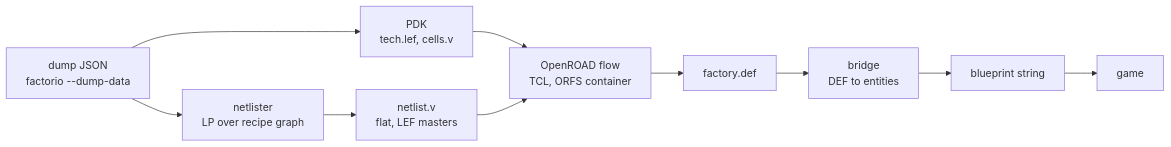
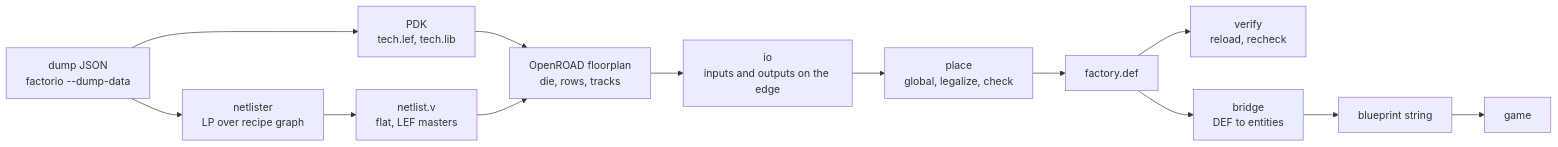
The diagram in README.md (atvrager/factorilog), drawn with Mermaid before and after one commit. The commit also changed other lines of this file and 2 other files, not shown here.

First line of the commit message:
Add floorplan and place stages to the flow

````diff
--- a/README.md
+++ b/README.md
@@ -26,12 +26,15 @@
 ```mermaid
 graph LR
-  D[dump JSON<br/>factorio --dump-data] --> P[PDK<br/>tech.lef, cells.v]
+  D[dump JSON<br/>factorio --dump-data] --> P[PDK<br/>tech.lef, tech.lib]
   D --> S[netlister<br/>LP over recipe graph]
   S --> N[netlist.v<br/>flat, LEF masters]
-  P --> O[OpenROAD flow<br/>TCL, ORFS container]
-  N --> O
-  O --> DEF[factory.def]
+  P --> F[OpenROAD floorplan<br/>die, rows, tracks]
+  N --> F
+  F --> I[io<br/>inputs and outputs on the edge]
+  I --> G[place<br/>global, legalize, check]
+  G --> DEF[factory.def]
+  DEF --> V[verify<br/>reload, recheck]
   DEF --> B[bridge<br/>DEF to entities]
   B --> E[blueprint string]
-  E --> G[game]
+  E --> H[game]
 ```
````
